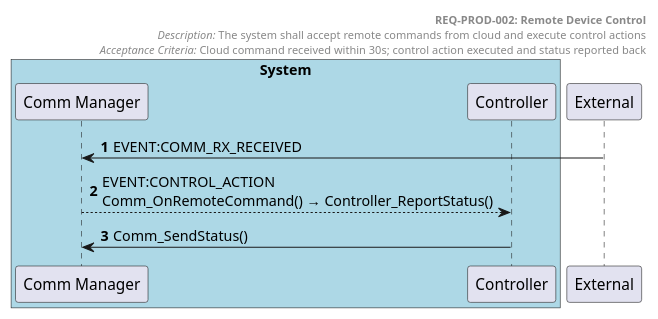
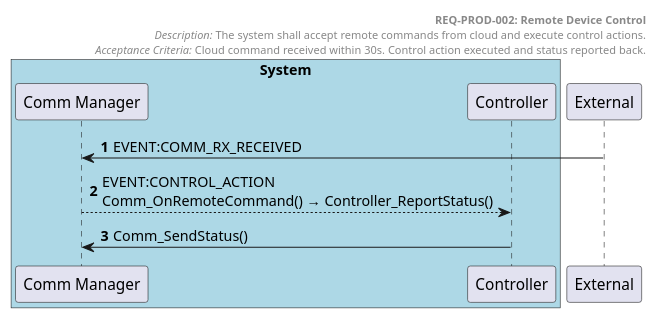
Before and after one commit to tvanfossen/doxygen-guard-example: the diagram in docs/generated/sequences/REQ-PROD-002.puml, drawn with PlantUML. The commit also changed 19 other files, not shown here.

```diff
--- a/docs/generated/sequences/REQ-PROD-002.puml
+++ b/docs/generated/sequences/REQ-PROD-002.puml
@@ -1,20 +1,20 @@
 @startuml REQ-PROD-002 Remote Device Control
 autonumber
 
 box "System" #LightBlue
   participant "Comm Manager" as Comm_Manager
   participant "Controller" as Controller
 end box
 
 header
   **REQ-PROD-002: Remote Device Control**
-  //Description:// The system shall accept remote commands from cloud and execute control actions
-  //Acceptance Criteria:// Cloud command received within 30s; control action executed and status reported back
+  //Description:// The system shall accept remote commands from cloud and execute control actions.
+  //Acceptance Criteria:// Cloud command received within 30s. Control action executed and status reported back.
 end header
 
 
 External -> Comm_Manager: EVENT:COMM_RX_RECEIVED
 Comm_Manager --> Controller: EVENT:CONTROL_ACTION\nComm_OnRemoteCommand() → Controller_ReportStatus()
 Controller -> Comm_Manager: Comm_SendStatus()
 
 @enduml
```
